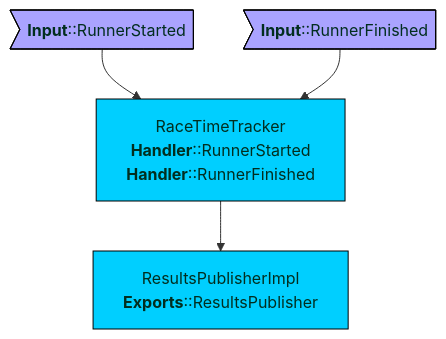
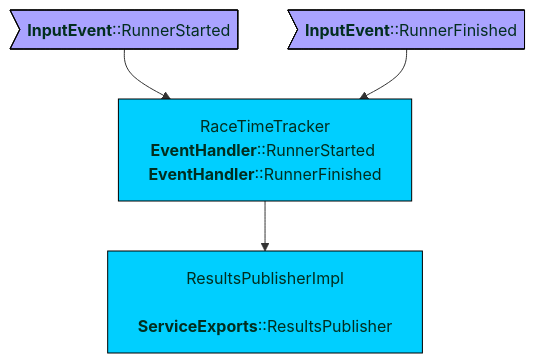
Before and after one commit to v12technology/fluxtion: the diagram in docs/index.md, drawn with Mermaid. The commit also changed 1 other file, not shown here.

````diff
--- a/docs/index.md
+++ b/docs/index.md
@@ -96,18 +96,18 @@
 ```mermaid
 flowchart TB
 
     classDef eventHandler color:#022e1f,fill:#aaa3ff,stroke:#000;
     classDef graphNode color:#022e1f,fill:#00cfff,stroke:#000;
     classDef white color:#022e1f,fill:#fff;
     classDef black color:#fff,fill:#000;
     
-    RunnerStarted><b>Input</b>::RunnerStarted]:::eventHandler 
-    RunnerFinished><b>Input</b>::RunnerFinished]:::eventHandler 
-    RaceTimeTracker[RaceTimeTracker\n<b>Handler</b>::RunnerStarted \n<b>Handler</b>::RunnerFinished]:::graphNode 
-    ResultsPublisherImpl[ResultsPublisherImpl\n <b>Exports</b>::ResultsPublisher]:::graphNode
+    RunnerStarted><b>InputEvent</b>::RunnerStarted]:::eventHandler 
+    RunnerFinished><b>InputEvent</b>::RunnerFinished]:::eventHandler 
+    RaceTimeTracker[RaceTimeTracker\n<b>EventHandler</b>::RunnerStarted \n<b>EventHandler</b>::RunnerFinished]:::graphNode 
+    ResultsPublisherImpl[ResultsPublisherImpl\n <b>ServiceExports</b>::ResultsPublisher]:::graphNode
 
 
     RunnerStarted --> RaceTimeTracker
     RunnerFinished --> RaceTimeTracker
     RaceTimeTracker --> ResultsPublisherImpl
 ```
````
